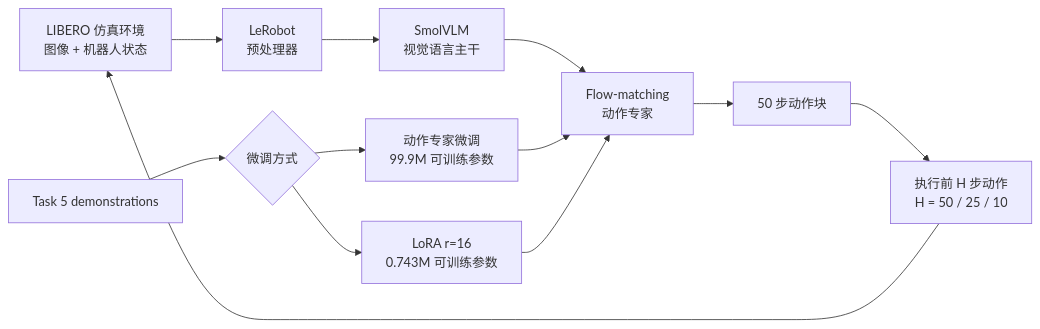
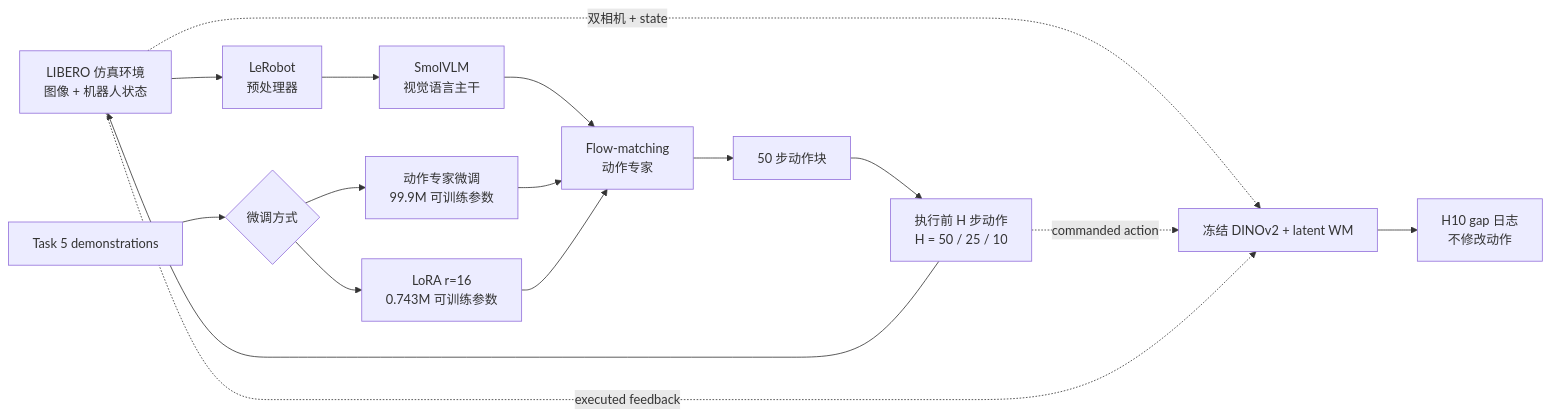
One commit to jumpy663-debug/smolvla-libero-closed-loop changed the diagram in README.md. Above: the diagram before and after it, drawn with Mermaid. The commit also changed other lines of this file and 13 other files, not shown here.

````diff
--- a/README.md
+++ b/README.md
@@ -80,15 +84,20 @@
 ```mermaid
 flowchart LR
     E[LIBERO 仿真环境<br/>图像 + 机器人状态] --> P[LeRobot<br/>预处理器]
     P --> V[SmolVLM<br/>视觉语言主干]
     V --> A[Flow-matching<br/>动作专家]
     A --> C[50 步动作块]
     C --> H[执行前 H 步动作<br/>H = 50 / 25 / 10]
     H --> E
 
+    E -. 双相机 + state .-> W[冻结 DINOv2 + latent WM]
+    H -. commanded action .-> W
+    E -. executed feedback .-> W
+    W --> G[H10 gap 日志<br/>不修改动作]
+
     D[Task 5 demonstrations] --> F{微调方式}
     F --> X[动作专家微调<br/>99.9M 可训练参数]
     F --> L[LoRA r=16<br/>0.743M 可训练参数]
     X --> A
     L --> A
 ```
````
